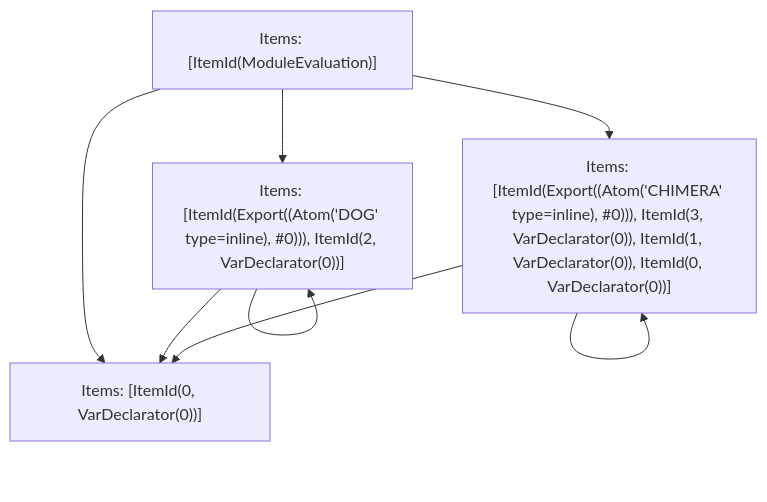
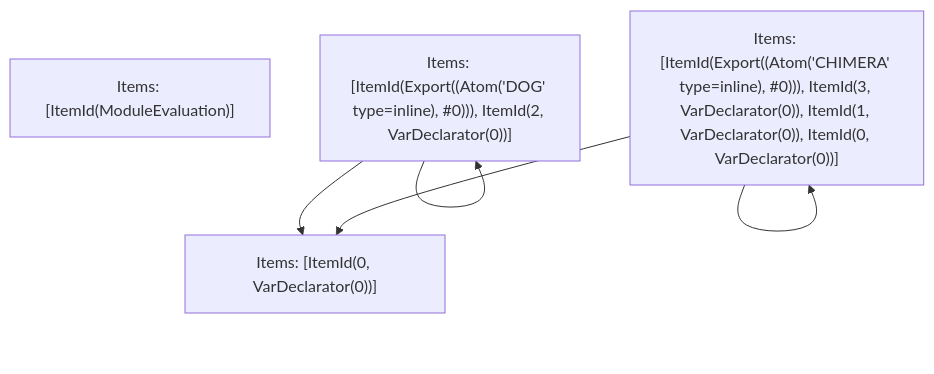
The fifth of 5 diagrams in crates/turbopack-ecmascript/tests/tree-shaker/analyzer/simple/output.md (vercel/turborepo), drawn with Mermaid before and after one commit. The commit also changed 3 other files, not shown here.

````diff
--- a/crates/turbopack-ecmascript/tests/tree-shaker/analyzer/simple/output.md
+++ b/crates/turbopack-ecmascript/tests/tree-shaker/analyzer/simple/output.md
@@ -124,14 +124,11 @@
 ```mermaid
 graph TD
     N0["Items: [ItemId(ModuleEvaluation)]"];
     N1["Items: [ItemId(Export((Atom('DOG' type=inline), #0))), ItemId(2, VarDeclarator(0))]"];
     N2["Items: [ItemId(Export((Atom('CHIMERA' type=inline), #0))), ItemId(3, VarDeclarator(0)), ItemId(1, VarDeclarator(0)), ItemId(0, VarDeclarator(0))]"];
     N3["Items: [ItemId(0, VarDeclarator(0))]"];
-    N0 --> N3;
-    N0 --> N1;
-    N0 --> N2;
     N1 --> N1;
     N1 --> N3;
     N2 --> N2;
     N2 --> N3;
 ```
````
